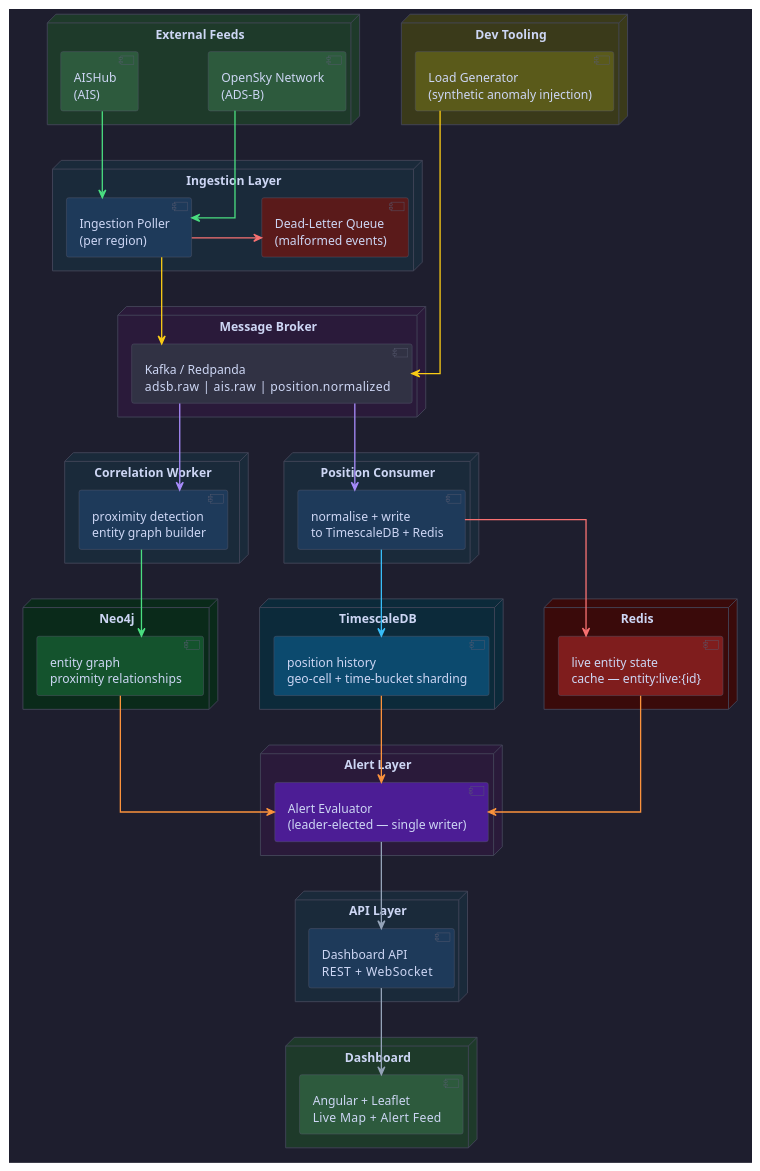
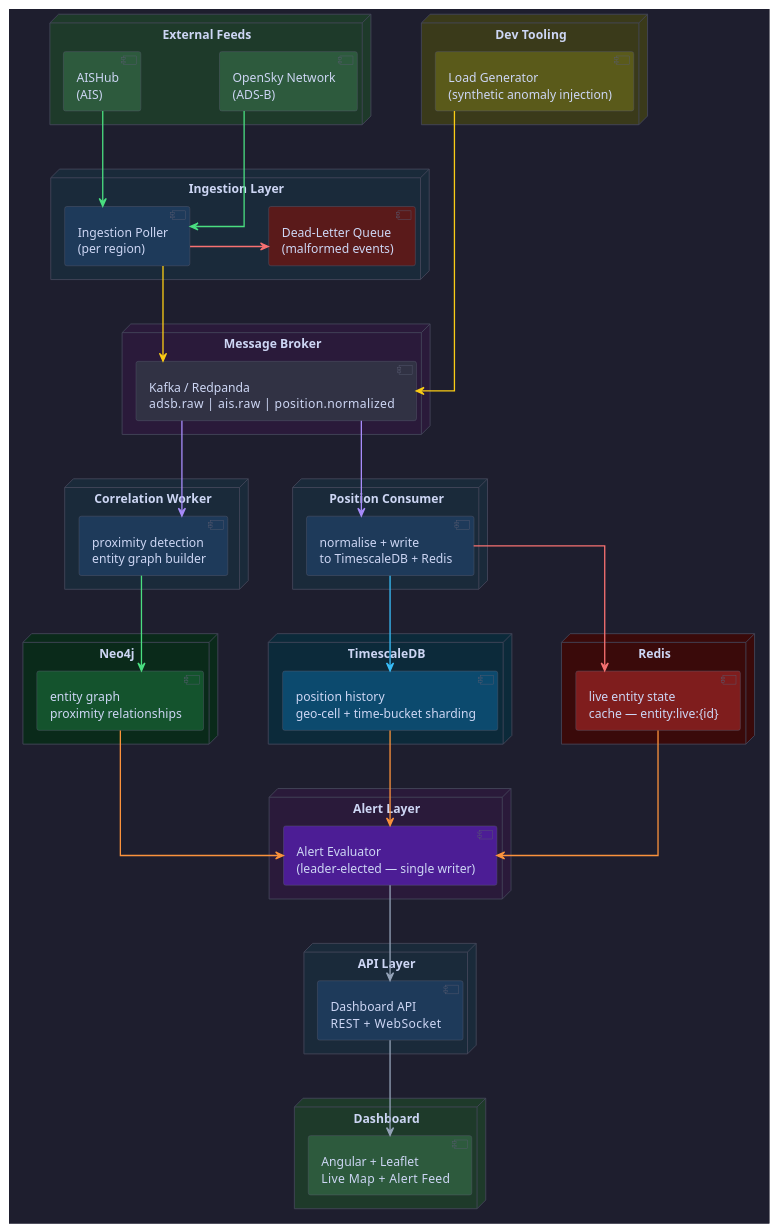
One commit to Buffden/sentinel changed the diagram in docs/architecture.puml. Above: the diagram before and after it, drawn with PlantUML.

Commit message:
docs: nudge architecture.puml spacing to trigger diagram-sync workflow

```diff
--- a/docs/architecture.puml
+++ b/docs/architecture.puml
@@ -1,130 +1,130 @@
 @startuml Sentinel Architecture
 
 skinparam linetype ortho
-skinparam nodesep 80
-skinparam ranksep 100
+skinparam nodesep 90
+skinparam ranksep 110
 
 skinparam backgroundColor #1e1e2e
 skinparam defaultFontColor #cdd6f4
 skinparam defaultFontName "Helvetica"
 skinparam arrowThickness 1.5
 
 skinparam node {
     BackgroundColor #181825
     BorderColor #45475a
     FontColor #cdd6f4
     FontStyle bold
 }
 
 skinparam component {
     BackgroundColor #313244
     BorderColor #585b70
     FontColor #cdd6f4
 }
 
 skinparam database {
     BackgroundColor #313244
     BorderColor #585b70
     FontColor #cdd6f4
 }
 
 skinparam queue {
     BackgroundColor #4c1d95
     BorderColor #7c3aed
     FontColor #e9d5ff
 }
 
 ' ─── Row 1: External Feeds ───────────────────────────────────
 together {
     node "External Feeds" #1e3a2a {
         component [OpenSky Network\n(ADS-B)] as ADSB #2d5a3d
         component [AISHub\n(AIS)] as AIS #2d5a3d
     }
 
     node "Dev Tooling" #3a3a1a {
         component [Load Generator\n(synthetic anomaly injection)] as LOADGEN #5a5a1a
     }
 }
 
 ' ─── Row 2: Ingestion ────────────────────────────────────────
 node "Ingestion Layer" #1a2a3a {
     component [Ingestion Poller\n(per region)] as POLLER #1e3a5a
     component [Dead-Letter Queue\n(malformed events)] as DLQ #5a1a1a
 }
 
 ' ─── Row 3: Message Broker ───────────────────────────────────
 node "Message Broker" #2a1a3a {
     queue [Kafka / Redpanda\nadsb.raw  |  ais.raw  |  position.normalized] as KAFKA
 }
 
 ' ─── Row 4: Processing ───────────────────────────────────────
 together {
     node "Position Consumer" #1a2a3a {
         component [normalise + write\nto TimescaleDB + Redis] as POS_CONSUMER #1e3a5a
     }
 
     node "Correlation Worker" #1a2a3a {
         component [proximity detection\nentity graph builder] as CORR_WORKER #1e3a5a
     }
 }
 
 ' ─── Row 5: Persistence ──────────────────────────────────────
 together {
     node "TimescaleDB" #0c2a3a {
         database [position history\ngeo-cell + time-bucket sharding] as TSDB #0c4a6e
     }
 
     node "Neo4j" #0a2a1a {
         database [entity graph\nproximity relationships] as NEO4J #14532d
     }
 
     node "Redis" #3a0a0a {
         database [live entity state\ncache — entity:live:{id}] as REDIS #7f1d1d
     }
 }
 
 ' ─── Row 6: Alert ────────────────────────────────────────────
 node "Alert Layer" #2a1a3a {
     component [Alert Evaluator\n(leader-elected — single writer)] as ALERT #4c1d95
 }
 
 ' ─── Row 7: API ──────────────────────────────────────────────
 node "API Layer" #1a2a3a {
     component [Dashboard API\nREST  +  WebSocket] as API #1e3a5a
 }
 
 ' ─── Row 8: Dashboard ────────────────────────────────────────
 node "Dashboard" #1e3a2a {
     component [Angular + Leaflet\nLive Map  +  Alert Feed] as DASH #2d5a3d
 }
 
 ' ─── Connections ─────────────────────────────────────────────
 
 ' feed → ingestion (green)
 ADSB        -[#4ade80]down->  POLLER
 AIS         -[#4ade80]down->  POLLER
 LOADGEN     -[#facc15]down->  KAFKA
 
 ' ingestion → broker / dlq
 POLLER      -[#facc15]down->  KAFKA
 POLLER      -[#f87171]right-> DLQ
 
 ' broker → processing (purple)
 KAFKA       -[#a78bfa]down->  POS_CONSUMER
 KAFKA       -[#a78bfa]down->  CORR_WORKER
 
 ' processing → persistence
 POS_CONSUMER -[#38bdf8]down-> TSDB
 POS_CONSUMER -[#f87171]down-> REDIS
 CORR_WORKER  -[#4ade80]down-> NEO4J
 
 ' persistence → alert (orange)
 TSDB        -[#fb923c]down->  ALERT
 NEO4J       -[#fb923c]down->  ALERT
 REDIS       -[#fb923c]down->  ALERT
 
 ' alert → api → dashboard (slate)
 ALERT       -[#94a3b8]down->  API
 API         -[#94a3b8]down->  DASH
 
 @enduml
```
